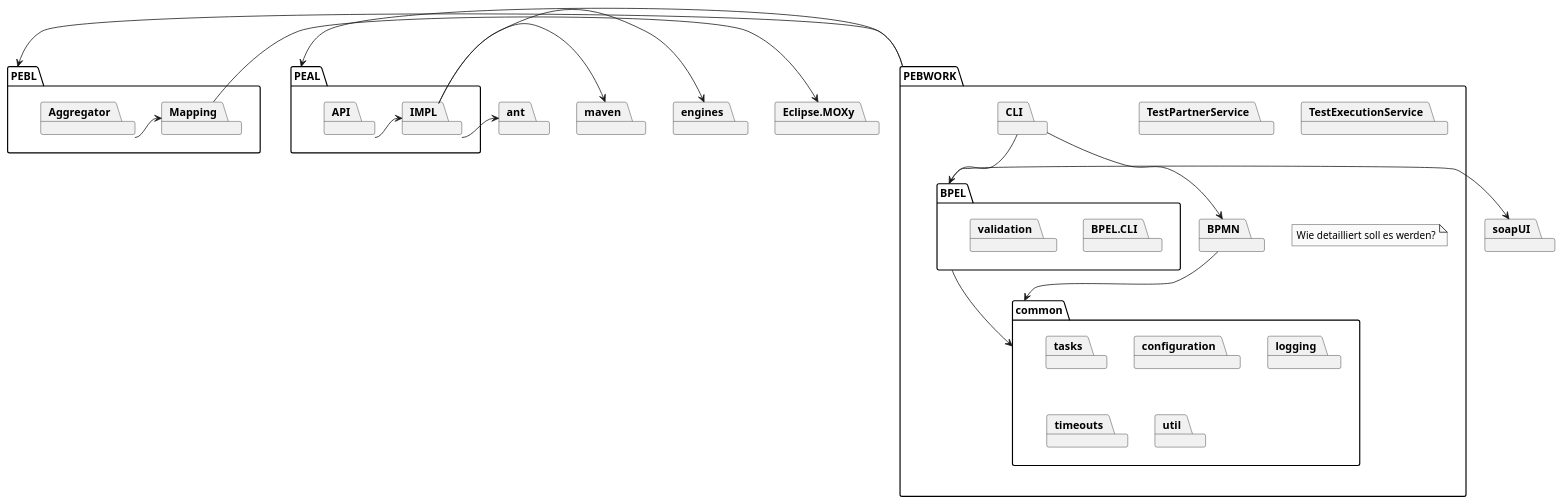
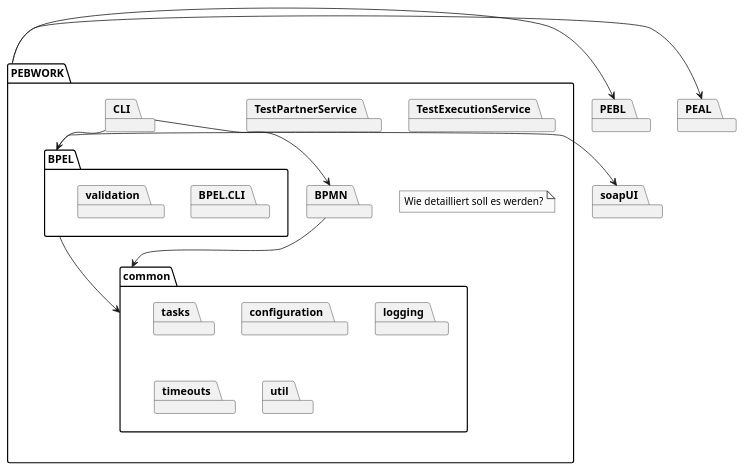
One commit to uniba-dsg/betsy changed the diagram in doc/dependencies.puml. Above: the diagram before and after it, drawn with PlantUML. The commit also changed 9 other files, not shown here.

```diff
--- a/doc/dependencies.puml
+++ b/doc/dependencies.puml
@@ -1,68 +1,48 @@
 @startuml
 
+package soapUI
 
-package soapUI
-package ant
-package maven
-package engines
+package PEBL
 
-package PEBL {
-	package Mapping
-	package Aggregator
-
-	Aggregator -> Mapping
-}
-
-package PEAL {
-	package IMPL
-	package API
-
-	API -> IMPL
-	IMPL -> ant
-	IMPL -> maven
-	IMPL -> engines
-}
+package PEAL
 
 package PEBWORK {
 
 	package CLI
 
 	package TestPartnerService
 	package TestExecutionService
 
 	package BPEL {
 	  package BPEL.CLI
 	  package validation
 	}
 	package BPMN
 	package common {
 		package tasks
 		package configuration
 		package logging
 		package timeouts
 		package util
 	}
 	BPEL --> common
 	BPMN --> common
 	CLI --> BPEL
 	CLI --> BPMN
 
 	note "Wie detailliert soll es werden?" as N1
 
 }
 
-package Eclipse.MOXy
-Mapping -> Eclipse.MOXy
-
 PEBWORK -> PEBL
 PEBWORK -> PEAL
 BPEL -> soapUI
 
 hide empty members
 hide empty methods
 hide circle
 
 skinparam monochrome true
 skinparam shadowing false
 skinparam packageStyle rect
 @enduml
```
